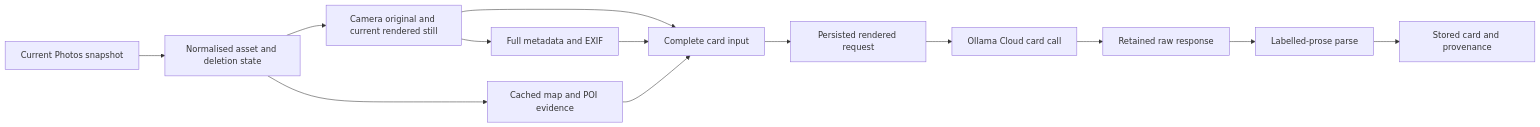
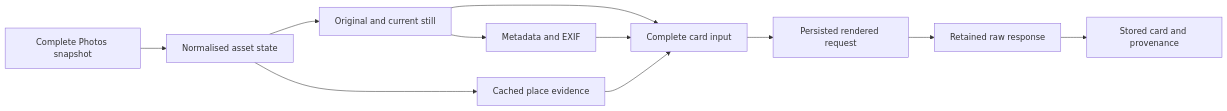
Before and after one commit to opentrawl/opentrawl: the diagram in trawlers/photos/docs/architecture.md, drawn with Mermaid. The commit also changed other lines of this file and 144 other files, not shown here.

````diff
--- a/trawlers/photos/docs/architecture.md
+++ b/trawlers/photos/docs/architecture.md
@@ -32,15 +16,13 @@
 ```mermaid
 flowchart LR
-    source["Current Photos snapshot"] --> asset["Normalised asset and deletion state"]
-    asset --> media["Camera original and current rendered still"]
-    media --> metadata["Full metadata and EXIF"]
-    asset --> place["Cached map and POI evidence"]
-    media --> ready["Complete card input"]
-    metadata --> ready
-    place --> ready
-    ready --> request["Persisted rendered request"]
-    request --> model["Ollama Cloud card call"]
-    model --> response["Retained raw response"]
-    response --> parse["Labelled-prose parse"]
-    parse --> card["Stored card and provenance"]
+    source["Complete Photos snapshot"] --> asset["Normalised asset state"]
+    asset --> media["Original and current still"]
+    media --> metadata["Metadata and EXIF"]
+    asset --> place["Cached place evidence"]
+    media --> input["Complete card input"]
+    metadata --> input
+    place --> input
+    input --> request["Persisted rendered request"]
+    request --> response["Retained raw response"]
+    response --> card["Stored card and provenance"]
 ```
````
